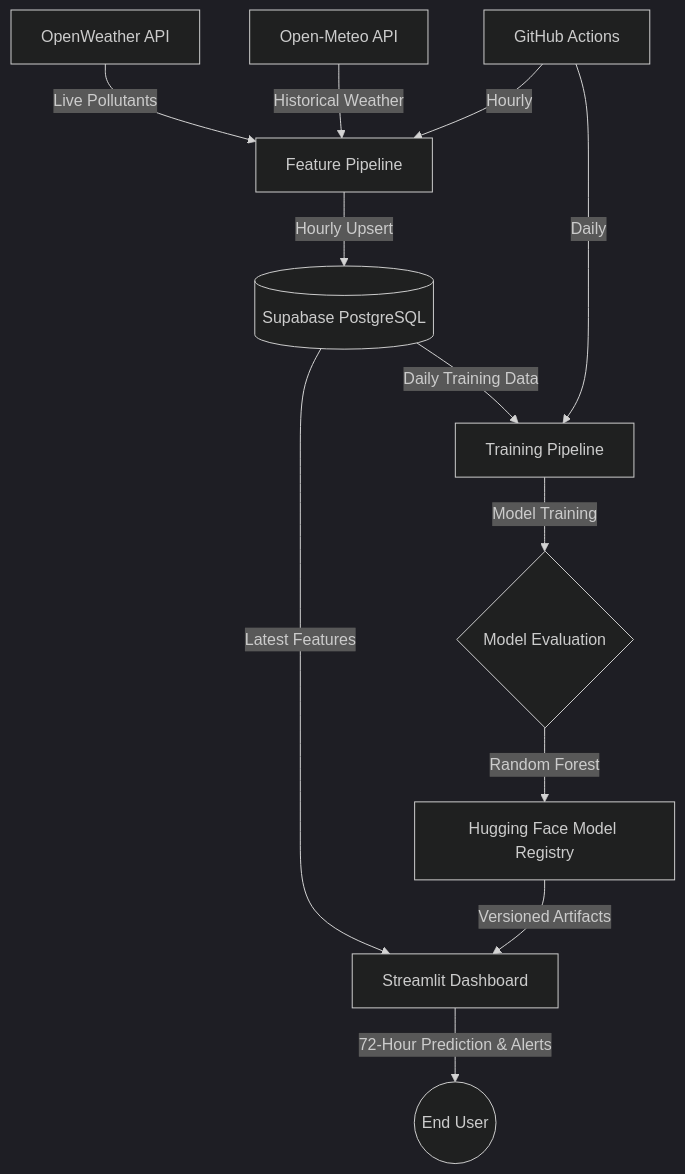
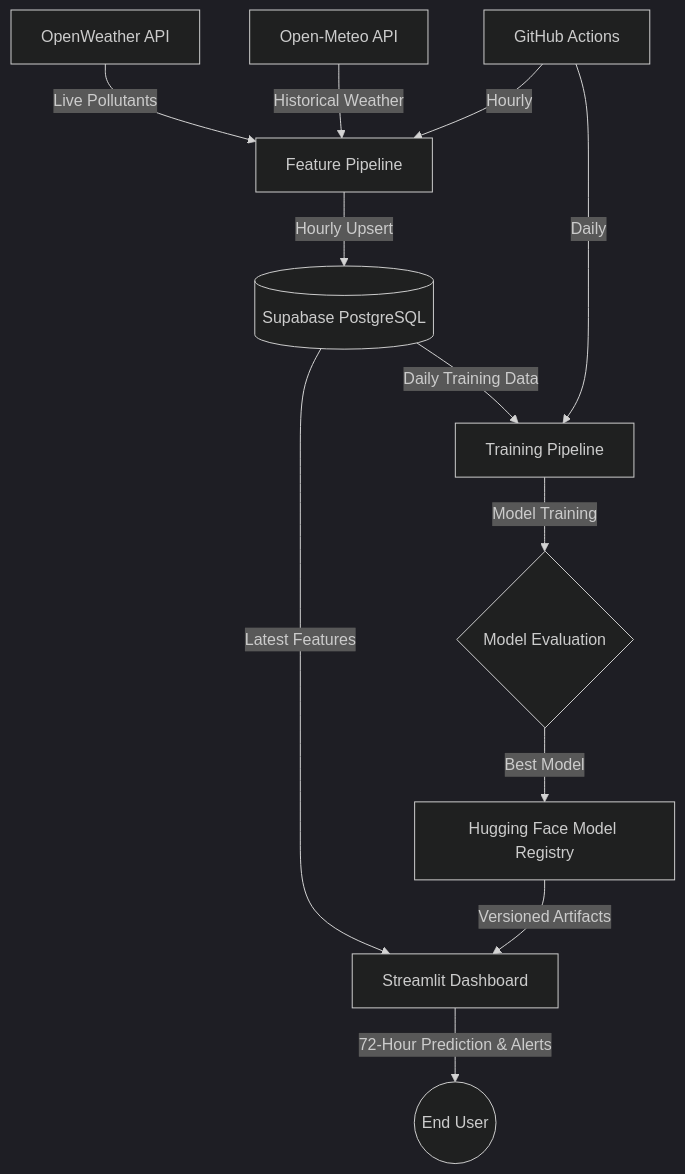
The diagram in README.md (Muhammad-Hashir-55/aqi-predictor), drawn with Mermaid (dark theme) before and after one commit. The commit also changed other lines of this file, not shown here.

````diff
--- a/README.md
+++ b/README.md
@@ -18,15 +18,15 @@
 ```mermaid
 graph TD
     A[OpenWeather API] -->|Live Pollutants| C[Feature Pipeline]
     B[Open-Meteo API] -->|Historical Weather| C
     C -->|Hourly Upsert| D[(Supabase PostgreSQL)]
     D -->|Daily Training Data| E[Training Pipeline]
     E -->|Model Training| F{Model Evaluation}
-    F -->|Random Forest| G[Hugging Face Model Registry]
+    F -->|Best Model| G[Hugging Face Model Registry]
     D -->|Latest Features| H[Streamlit Dashboard]
     G -->|Versioned Artifacts| H
     H -->|72-Hour Prediction & Alerts| I((End User))
-
+    
     J[GitHub Actions] -->|Hourly| C
     J -->|Daily| E
 ```
````
